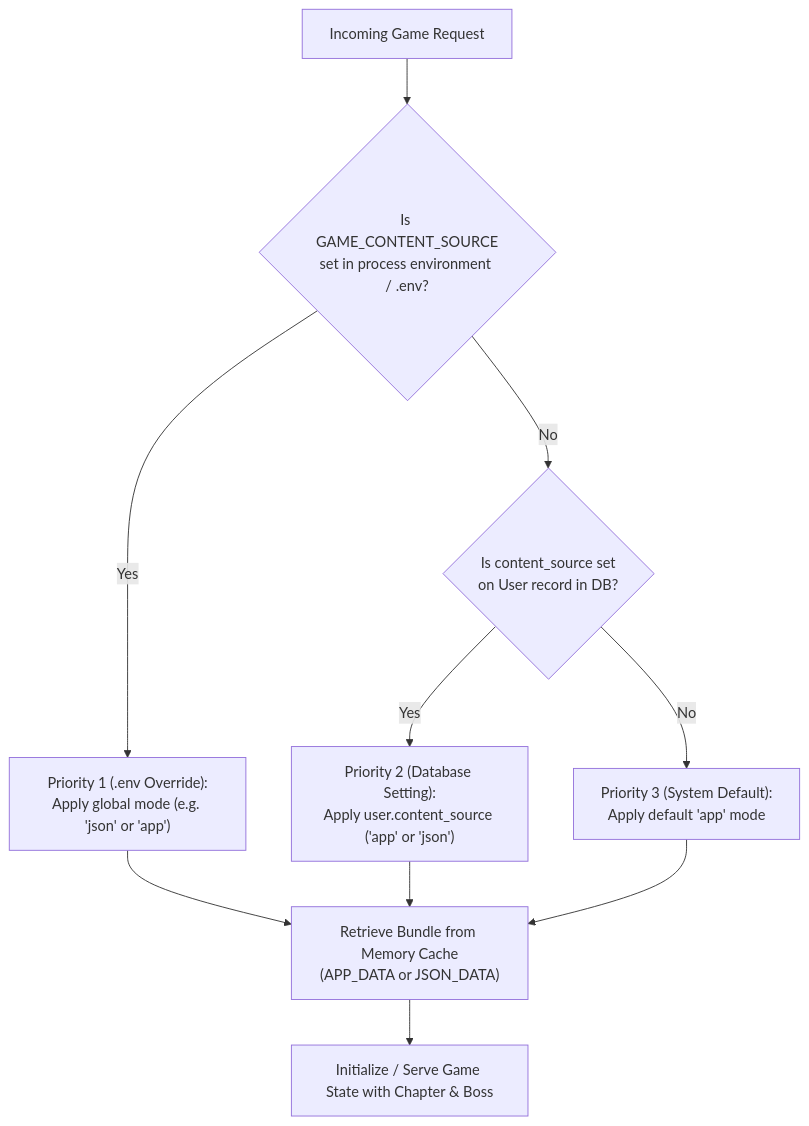
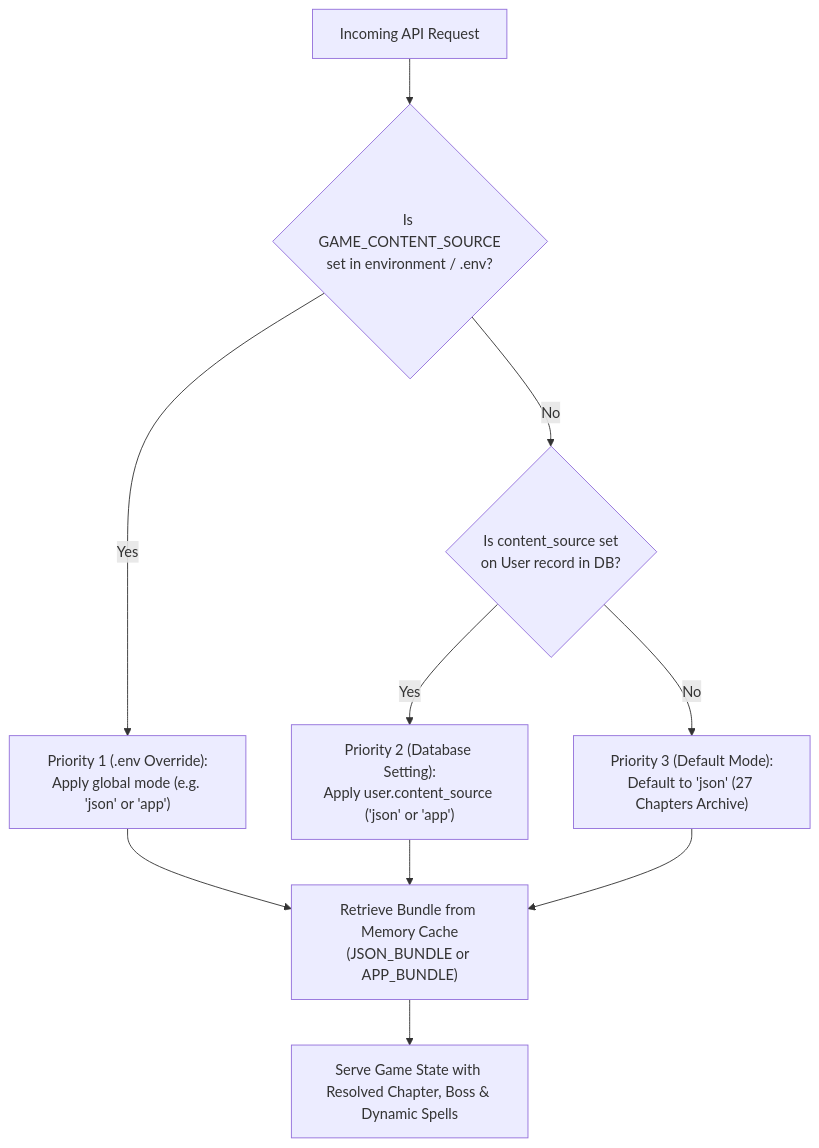
The second of 4 diagrams in README.md (DKxi/OrganicBattlesProductionUpgrade), drawn with Mermaid before and after one commit. The commit also changed other lines of this file and 51 other files, not shown here.

Commit message:
Upgrade to Organic Battles V4P: modular architecture, audio engine, boss strategy validation, and admin credentials management

````diff
--- a/README.md
+++ b/README.md
@@ -81,16 +165,16 @@
 ```mermaid
 flowchart TD
-    Req["Incoming Game Request"] --> CheckEnv{"Is GAME_CONTENT_SOURCE<br/>set in process environment / .env?"}
+    Req["Incoming API Request"] --> CheckEnv{"Is GAME_CONTENT_SOURCE<br/>set in environment / .env?"}
 
     CheckEnv -- Yes --> EnvPriority["Priority 1 (.env Override):<br/>Apply global mode (e.g. 'json' or 'app')"]
     CheckEnv -- No --> CheckDB{"Is content_source set<br/>on User record in DB?"}
 
-    CheckDB -- Yes --> DBUser["Priority 2 (Database Setting):<br/>Apply user.content_source ('app' or 'json')"]
-    CheckDB -- No --> DefaultMode["Priority 3 (System Default):<br/>Apply default 'app' mode"]
+    CheckDB -- Yes --> DBUser["Priority 2 (Database Setting):<br/>Apply user.content_source ('json' or 'app')"]
+    CheckDB -- No --> DefaultMode["Priority 3 (Default Mode):<br/>Default to 'json' (27 Chapters Archive)"]
 
-    EnvPriority --> LoadBundle["Retrieve Bundle from Memory Cache<br/>(APP_DATA or JSON_DATA)"]
+    EnvPriority --> LoadBundle["Retrieve Bundle from Memory Cache<br/>(JSON_BUNDLE or APP_BUNDLE)"]
     DBUser --> LoadBundle
     DefaultMode --> LoadBundle
 
-    LoadBundle --> InitState["Initialize / Serve Game State with Chapter & Boss"]
+    LoadBundle --> ServeState["Serve Game State with Resolved Chapter, Boss & Dynamic Spells"]
 ```
````
